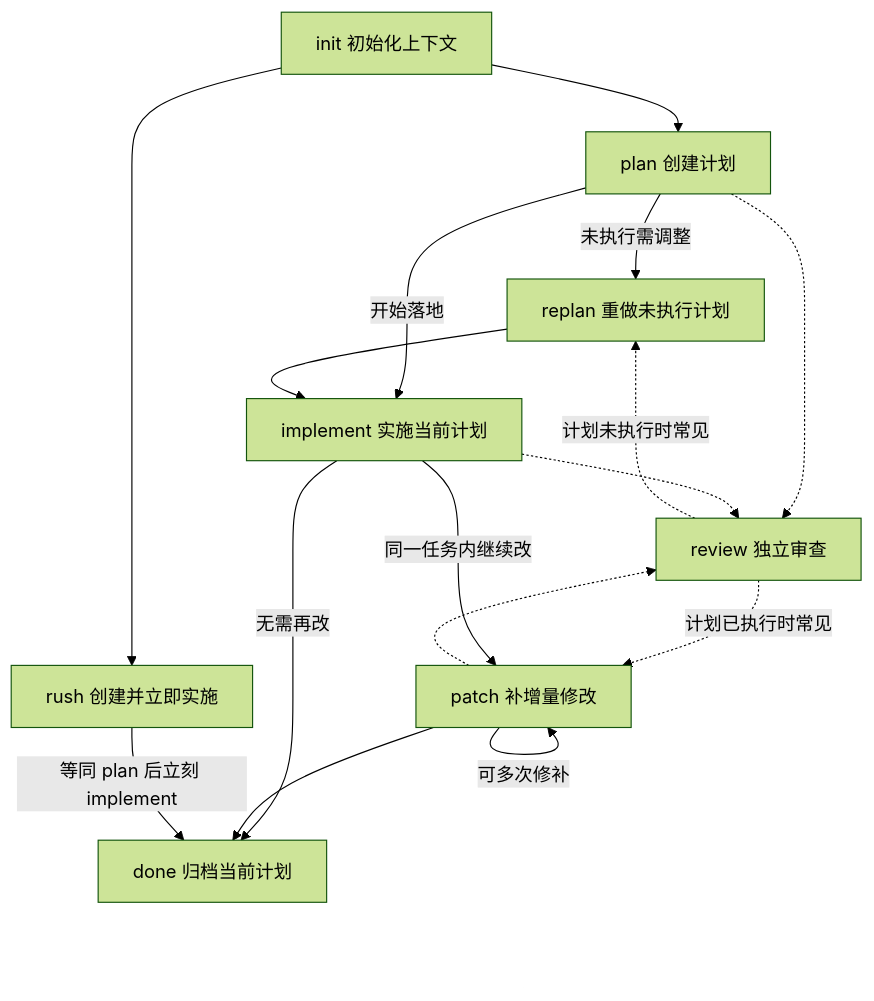
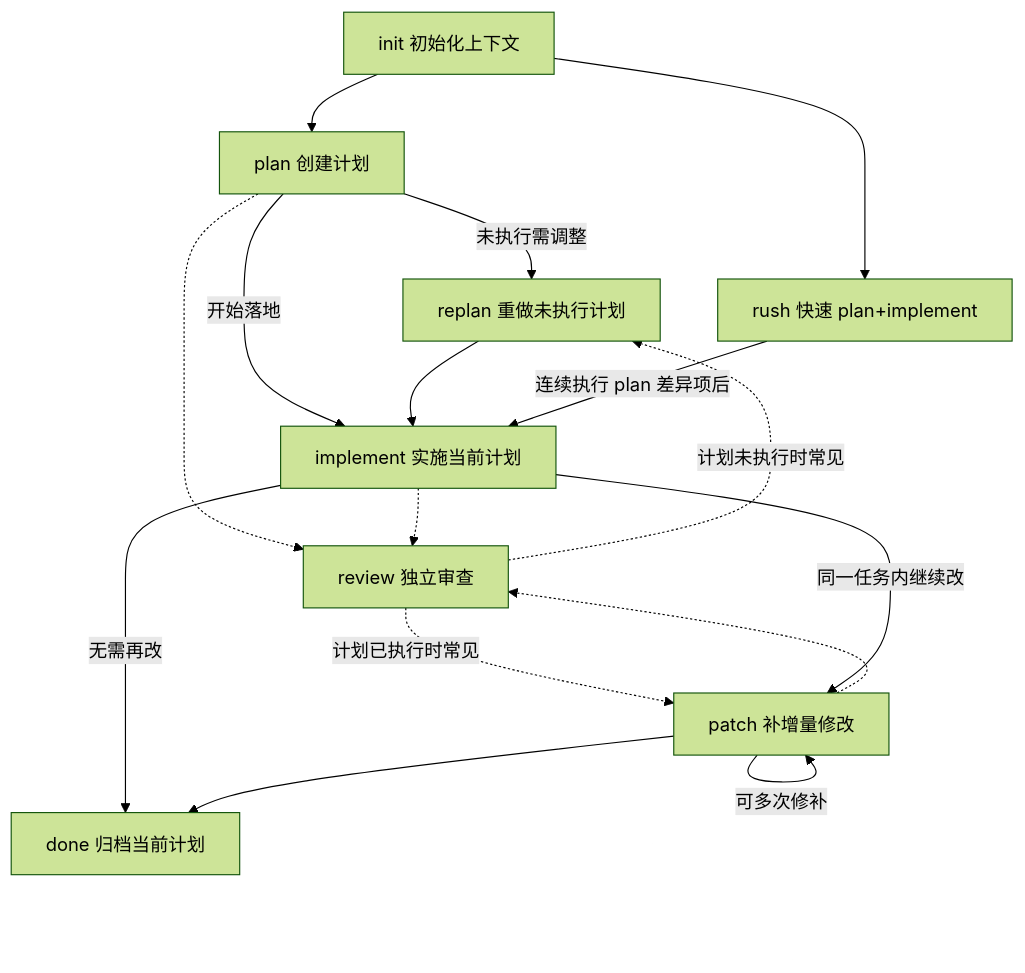
One commit to cabinet-fe/cat-kit changed the first of 2 diagrams in docs/content/packages/agent-context/index.md. Above: the diagram before and after it, drawn with Mermaid (forest theme). The commit also changed other lines of this file and 6 other files, not shown here.

````diff
--- a/docs/content/packages/agent-context/index.md
+++ b/docs/content/packages/agent-context/index.md
@@ -35,27 +37,27 @@
 ```mermaid
 flowchart TD
     init[init 初始化上下文]
     plan[plan 创建计划]
     replan[replan 重做未执行计划]
     implement[implement 实施当前计划]
     patch[patch 补增量修改]
     review[review 独立审查]
     done[done 归档当前计划]
-    rush[rush 创建并立即实施]
+    rush[rush 快速 plan+implement]
 
     init --> plan
     init --> rush
     plan -->|未执行需调整| replan
     plan -->|开始落地| implement
     replan --> implement
+    rush -->|连续执行 plan 差异项后| implement
     plan -.-> review
     implement -.-> review
     patch -.-> review
     review -.->|计划未执行时常见| replan
     review -.->|计划已执行时常见| patch
     implement -->|同一任务内继续改| patch
     implement -->|无需再改| done
     patch -->|可多次修补| patch
     patch --> done
-    rush -->|等同 plan 后立刻 implement| done
 ```
````
